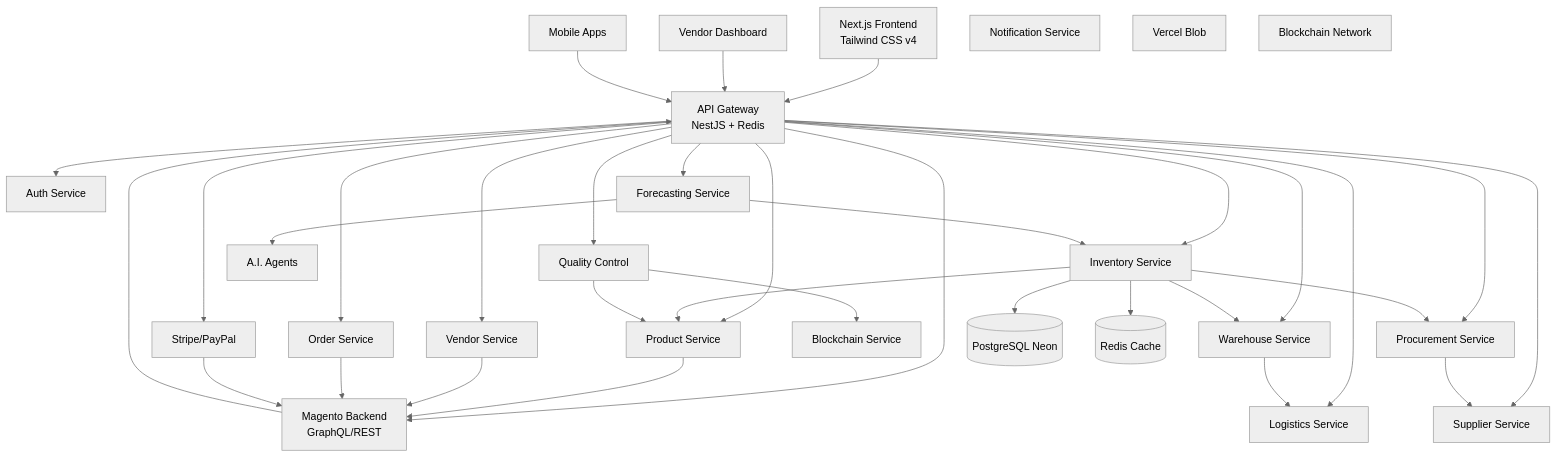
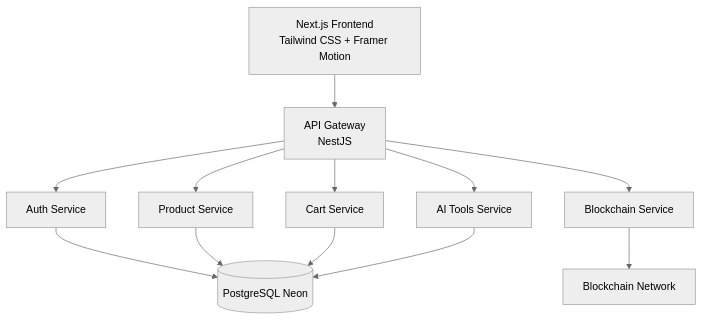
The first of 5 diagrams in README.md (kk666679/halalchain-ecommerce-marketplace), drawn with Mermaid (neutral theme) before and after one commit. The commit also changed other lines of this file, not shown here.

````diff
--- a/README.md
+++ b/README.md
@@ -51,54 +51,22 @@
 ```mermaid
 graph TB
-    WEB[Next.js Frontend<br/>Tailwind CSS v4]
-    ADM[Vendor Dashboard]
-    MOB[Mobile Apps]
-    GW[API Gateway<br/>NestJS + Redis]
-    MGT[Magento Backend<br/>GraphQL/REST]
-    
+    WEB[Next.js Frontend<br/>Tailwind CSS + Framer Motion]
+    GW[API Gateway<br/>NestJS]
+
     AUTH[Auth Service]
     PROD[Product Service]
-    ORDER[Order Service]
-    VENDOR[Vendor Service]
-    INVENTORY[Inventory Service]
-    WAREHOUSE[Warehouse Service]
-    PROCUREMENT[Procurement Service]
-    LOGISTICS[Logistics Service]
-    SUPPLIER[Supplier Service]
-    QUALITY[Quality Control]
-    FORECAST[Forecasting Service]
+    CART[Cart Service]
     BLOCKCHAIN[Blockchain Service]
-    AI[A.I. Agents]
-    NOTIFY[Notification Service]
-    PAYMENT[Stripe/PayPal]
-    
+    AI[AI Tools Service]
+
     DB[(PostgreSQL Neon)]
-    REDIS[(Redis Cache)]
-    BLOB[Vercel Blob]
     BC[Blockchain Network]
-    
+
     WEB --> GW
-    ADM --> GW
-    MOB --> GW
-    
-    GW --> MGT
-    MGT --> GW
-    
-    GW --> AUTH & PROD & ORDER & VENDOR
-    GW --> INVENTORY & WAREHOUSE & PROCUREMENT & LOGISTICS & SUPPLIER & QUALITY & FORECAST & PAYMENT
-    
-    PROD --> MGT
-    VENDOR --> MGT
-    ORDER --> MGT
-    
-    INVENTORY --> PROD & WAREHOUSE & PROCUREMENT
-    WAREHOUSE --> LOGISTICS
-    PROCUREMENT --> SUPPLIER
-    QUALITY --> PROD
-    FORECAST --> INVENTORY
-    
-    INVENTORY --> DB & REDIS
-    FORECAST --> AI
-    QUALITY --> BLOCKCHAIN
-    PAYMENT --> MGT
+    GW --> AUTH & PROD & CART & BLOCKCHAIN & AI
+    AUTH --> DB
+    PROD --> DB
+    CART --> DB
+    BLOCKCHAIN --> BC
+    AI --> DB
 ```
````
